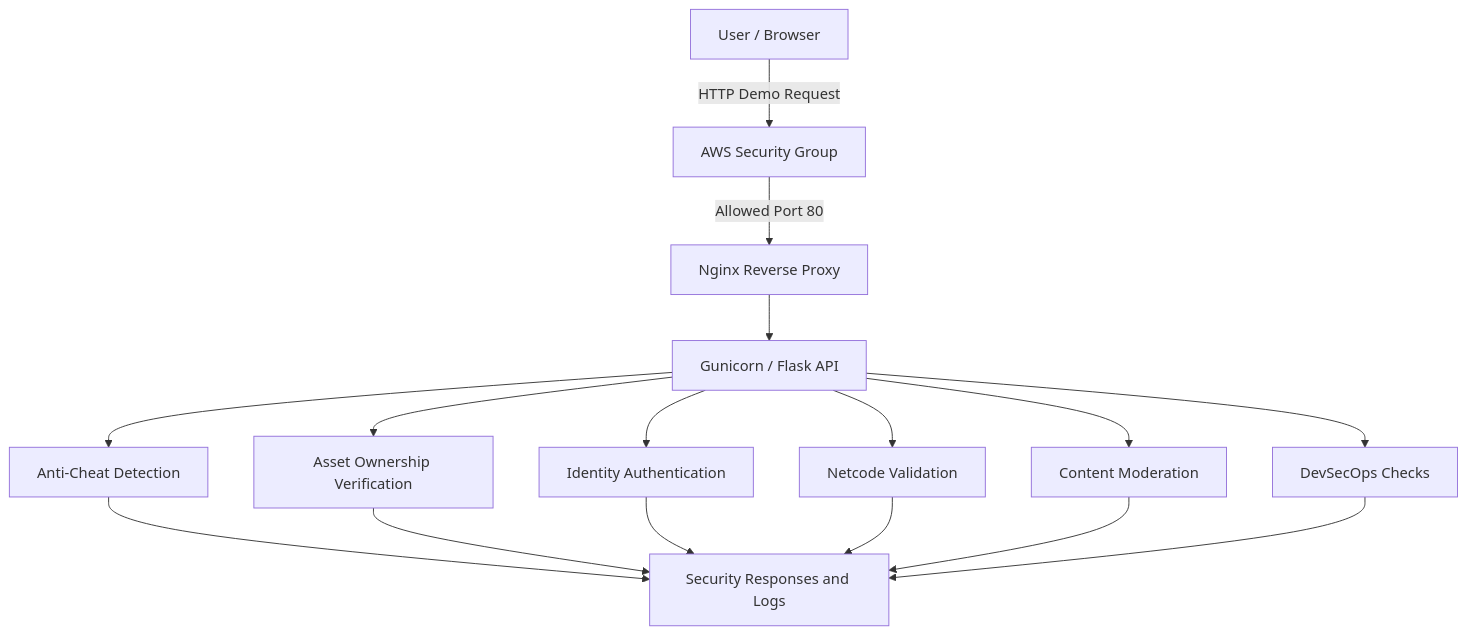
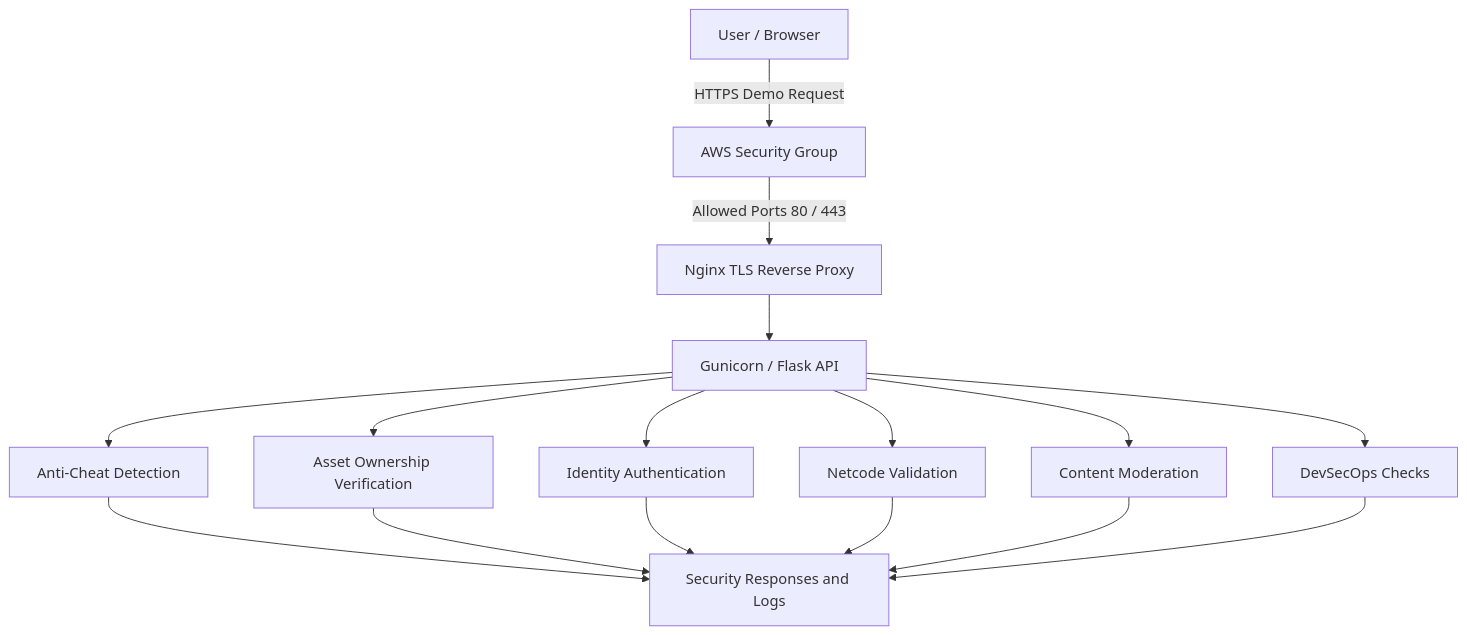
The diagram in docs/diagrams/security_architecture.md (fatima-dev-cloud/GameShield-AI), drawn with Mermaid before and after one commit. The commit also changed other lines of this file and 4 other files, not shown here.

````diff
--- a/docs/diagrams/security_architecture.md
+++ b/docs/diagrams/security_architecture.md
@@ -6,34 +6,34 @@
 ```mermaid
 flowchart TD
     A["User / Browser"]
     B["AWS Security Group"]
-    C["Nginx Reverse Proxy"]
+    C["Nginx TLS Reverse Proxy"]
     D["Gunicorn / Flask API"]
 
     E["Anti-Cheat Detection"]
     F["Asset Ownership Verification"]
     G["Identity Authentication"]
     H["Netcode Validation"]
     I["Content Moderation"]
     J["DevSecOps Checks"]
 
     K["Security Responses and Logs"]
 
-    A -->|"HTTP Demo Request"| B
-    B -->|"Allowed Port 80"| C
+    A -->|"HTTPS Demo Request"| B
+    B -->|"Allowed Ports 80 / 443"| C
     C --> D
 
     D --> E
     D --> F
     D --> G
     D --> H
     D --> I
     D --> J
 
     E --> K
     F --> K
     G --> K
     H --> K
     I --> K
     J --> K
 ```
````
